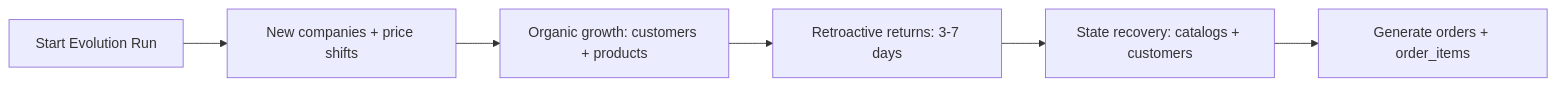
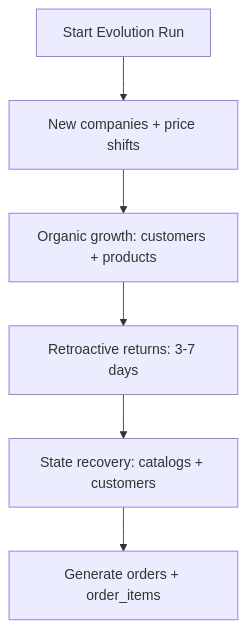
The fourth of 7 diagrams in packages/b2b_ec_sources/README.md (KayvanShah1/b2b-ecommerce-platform), drawn with Mermaid before and after one commit. The commit also changed other lines of this file and 5 other files, not shown here.

````diff
--- a/packages/b2b_ec_sources/README.md
+++ b/packages/b2b_ec_sources/README.md
@@ -124,8 +153,8 @@
 ```mermaid
-flowchart LR
+flowchart TD
   E0[Start Evolution Run] --> E1[New companies + price shifts]
   E1 --> E2[Organic growth: customers + products]
   E2 --> E3[Retroactive returns: 3-7 days]
   E3 --> E4[State recovery: catalogs + customers]
   E4 --> E5[Generate orders + order_items]
 ```
````
